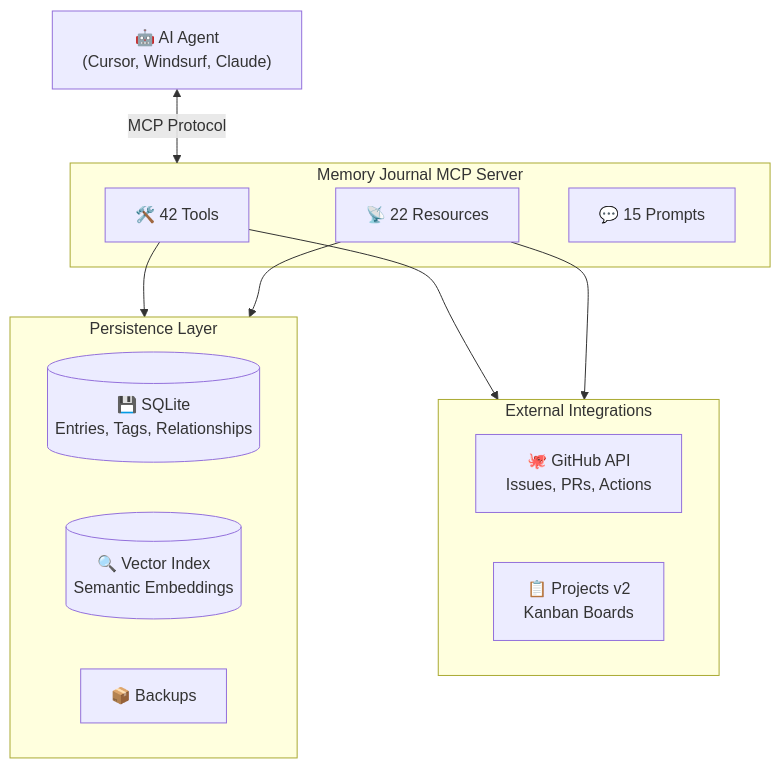
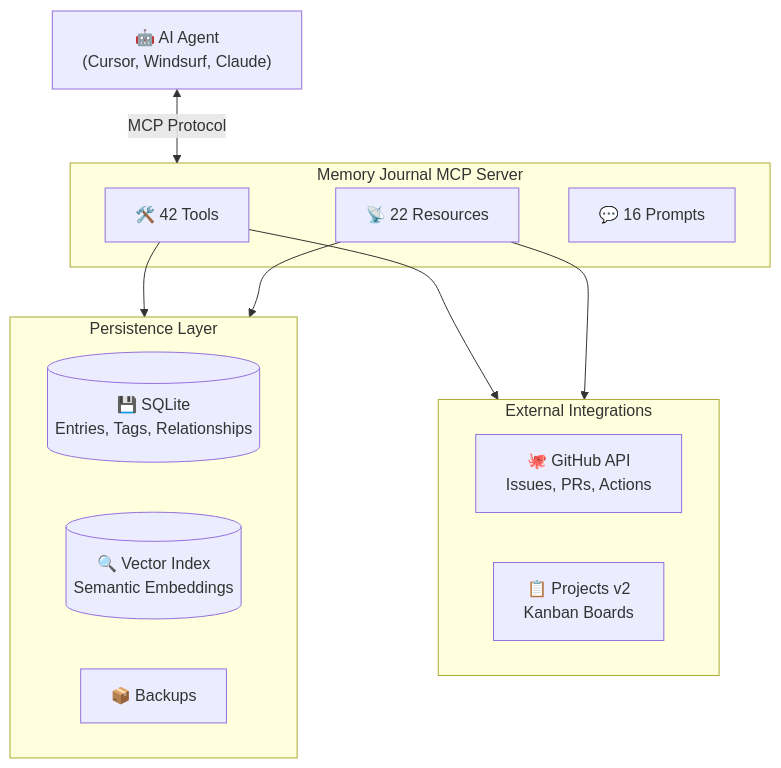
Before and after one commit to neverinfamous/memory-journal-mcp: the second of 2 diagrams in README.md, drawn with Mermaid. The commit also changed other lines of this file and 46 other files, not shown here.

````diff
--- a/README.md
+++ b/README.md
@@ -478,27 +460,27 @@
 ```mermaid
 flowchart TB
     AI["🤖 AI Agent<br/>(Cursor, Windsurf, Claude)"]
 
     subgraph MCP["Memory Journal MCP Server"]
         Tools["🛠️ 42 Tools"]
         Resources["📡 22 Resources"]
-        Prompts["💬 15 Prompts"]
+        Prompts["💬 16 Prompts"]
     end
 
     subgraph Storage["Persistence Layer"]
         SQLite[("💾 SQLite<br/>Entries, Tags, Relationships")]
         Vector[("🔍 Vector Index<br/>Semantic Embeddings")]
         Backups["📦 Backups"]
     end
 
     subgraph External["External Integrations"]
         GitHub["🐙 GitHub API<br/>Issues, PRs, Actions"]
         Kanban["📋 Projects v2<br/>Kanban Boards"]
     end
 
     AI <-->|"MCP Protocol"| MCP
     Tools --> Storage
     Tools --> External
     Resources --> Storage
     Resources --> External
 ```
````
